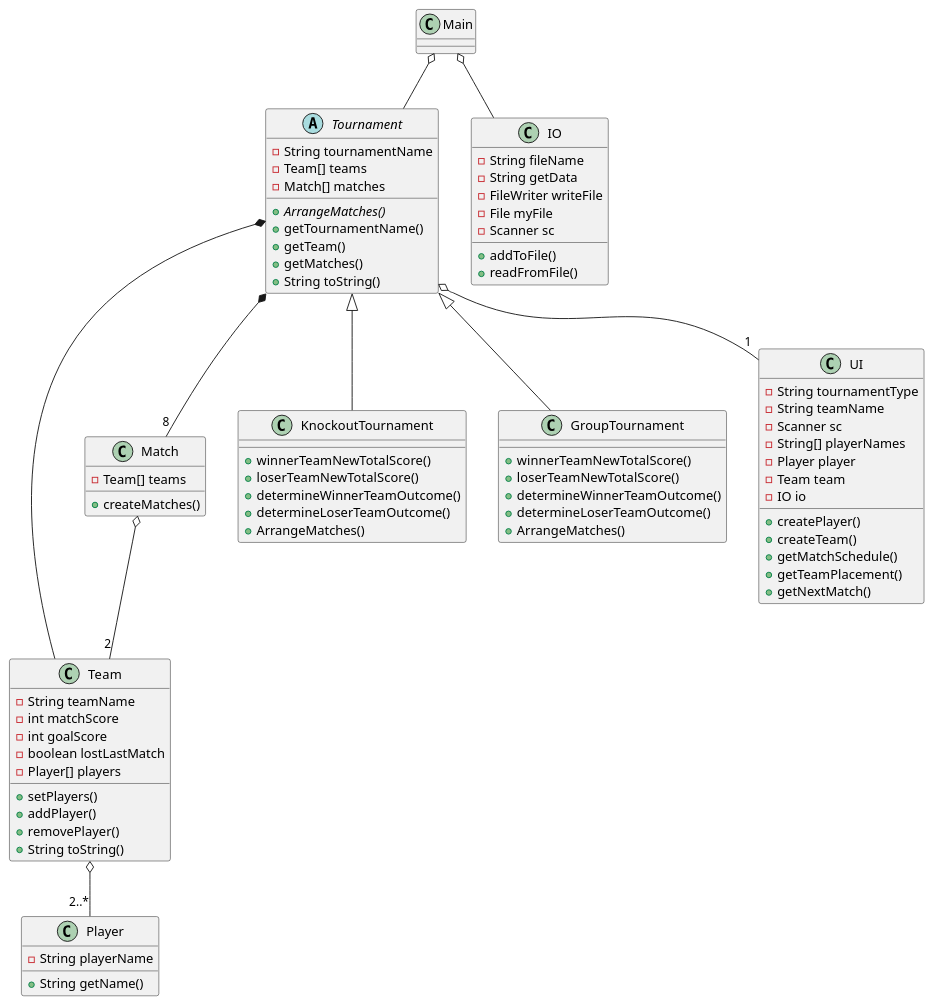
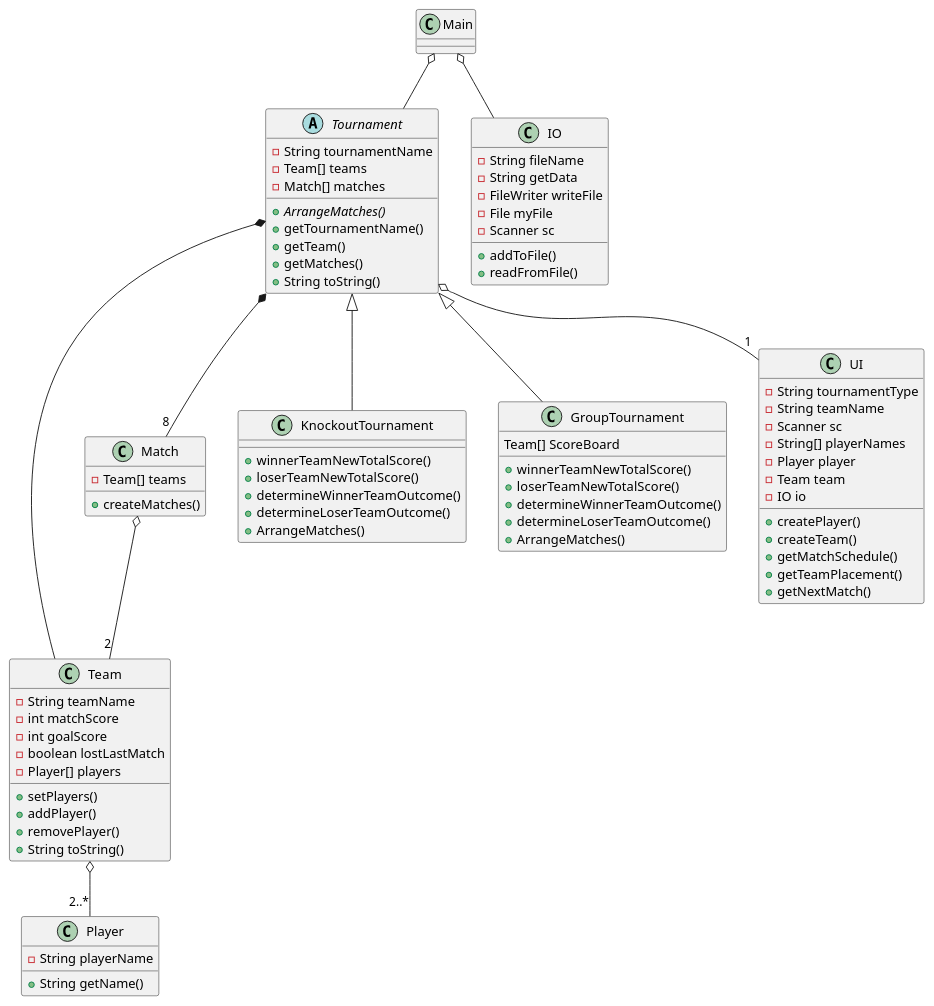
The diagram in doc/Class.puml (DeRp-DaWg/SP3), drawn with PlantUML before and after one commit. The commit also changed 1 other file, not shown here.

```diff
--- a/doc/Class.puml
+++ b/doc/Class.puml
@@ -1,91 +1,92 @@
 @startuml
 'https://plantuml.com/class-diagram
 
 class Player {
 -String playerName
 +String getName()
 }
 
 class Team {
 -String teamName
 -int matchScore
 -int goalScore
 -boolean lostLastMatch
 -Player[] players
 +setPlayers()
 +addPlayer()
 +removePlayer()
 +String toString()
 }
 
 class Match{
 -Team[] teams
 +createMatches()
 }
 
 abstract Tournament {
 -String tournamentName
 -Team[] teams
 -Match[] matches
 +{abstract}ArrangeMatches()
 +getTournamentName()
 +getTeam()
 +getMatches()
 +String toString()
 }
 
 class KnockoutTournament{
 +winnerTeamNewTotalScore()
 +loserTeamNewTotalScore()
 +determineWinnerTeamOutcome()
 +determineLoserTeamOutcome()
 +ArrangeMatches()
 }
 
 class GroupTournament{
+Team[] ScoreBoard
 +winnerTeamNewTotalScore()
 +loserTeamNewTotalScore()
 +determineWinnerTeamOutcome()
 +determineLoserTeamOutcome()
 +ArrangeMatches()
 }
 
 class UI {
 -String tournamentType
 -String teamName
 -Scanner sc
 -String[] playerNames
 -Player player
 -Team team
 -IO io
 +createPlayer()
 +createTeam()
 +getMatchSchedule()
 +getTeamPlacement()
 +getNextMatch()
 }
 
 class IO {
 -String fileName
 -String getData
 -FileWriter writeFile
 -File myFile
 -Scanner sc
 +addToFile()
 +readFromFile()
 }
 
 class Main{
 }
 
 Main o-- Tournament
 Main o-- IO
 Tournament o-- "1" UI
 Tournament *-- "8" Match
 Tournament *-- Team
 Match o-- "2" Team
 Team o-- "2..*" Player
 Tournament <|-- KnockoutTournament
 Tournament <|-- GroupTournament
 
 @enduml
```
